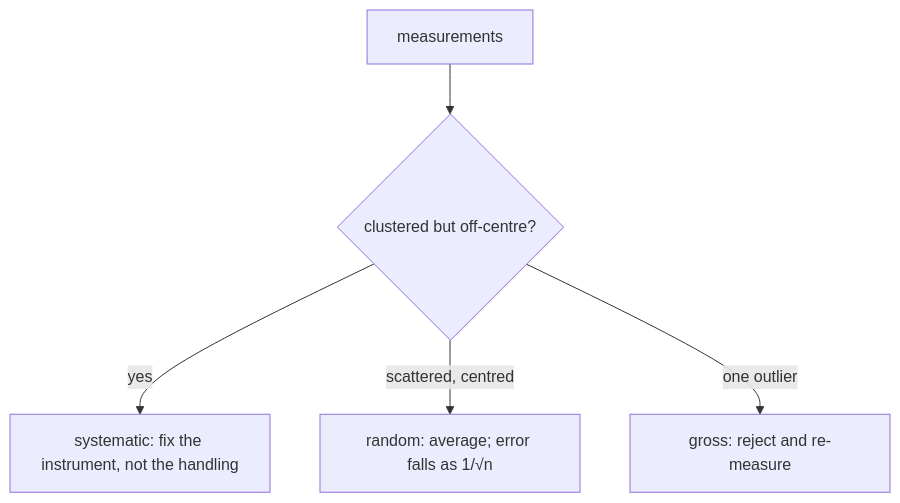
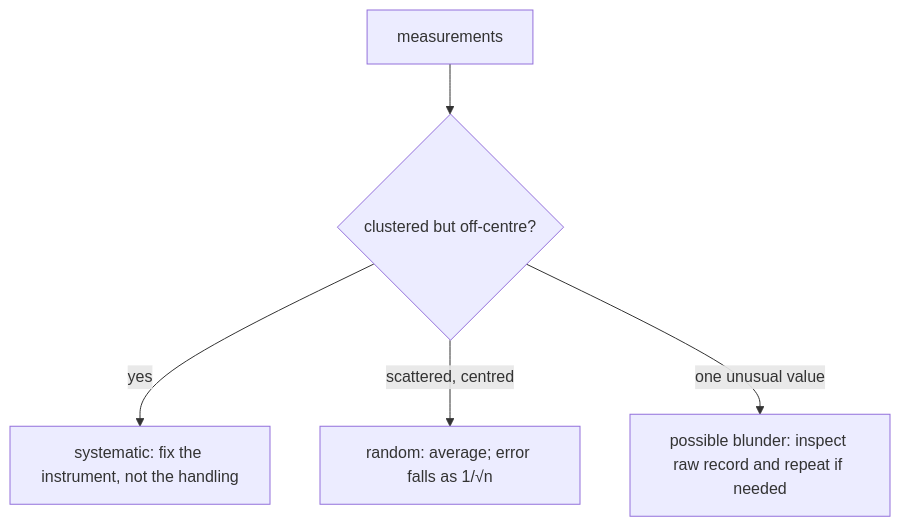
One commit to SurajGupta2009/Physics_JEEAD-OLYMPIAD_notes changed the fourth of 6 diagrams in units-measurements/Units-measurements.md. Above: the diagram before and after it, drawn with Mermaid. The commit also changed other lines of this file and 31 other files, not shown here.

````diff
--- a/units-measurements/Units-measurements.md
+++ b/units-measurements/Units-measurements.md
@@ -292,7 +306,7 @@
 ```mermaid
 flowchart TD
   A["measurements"] --> B{"clustered but off-centre?"}
   B -->|"yes"| C["systematic: fix the instrument, not the handling"]
   B -->|"scattered, centred"| D["random: average; error falls as 1/√n"]
-  B -->|"one outlier"| E["gross: reject and re-measure"]
+  B -->|"one unusual value"| E["possible blunder: inspect raw record and repeat if needed"]
 ```
````
